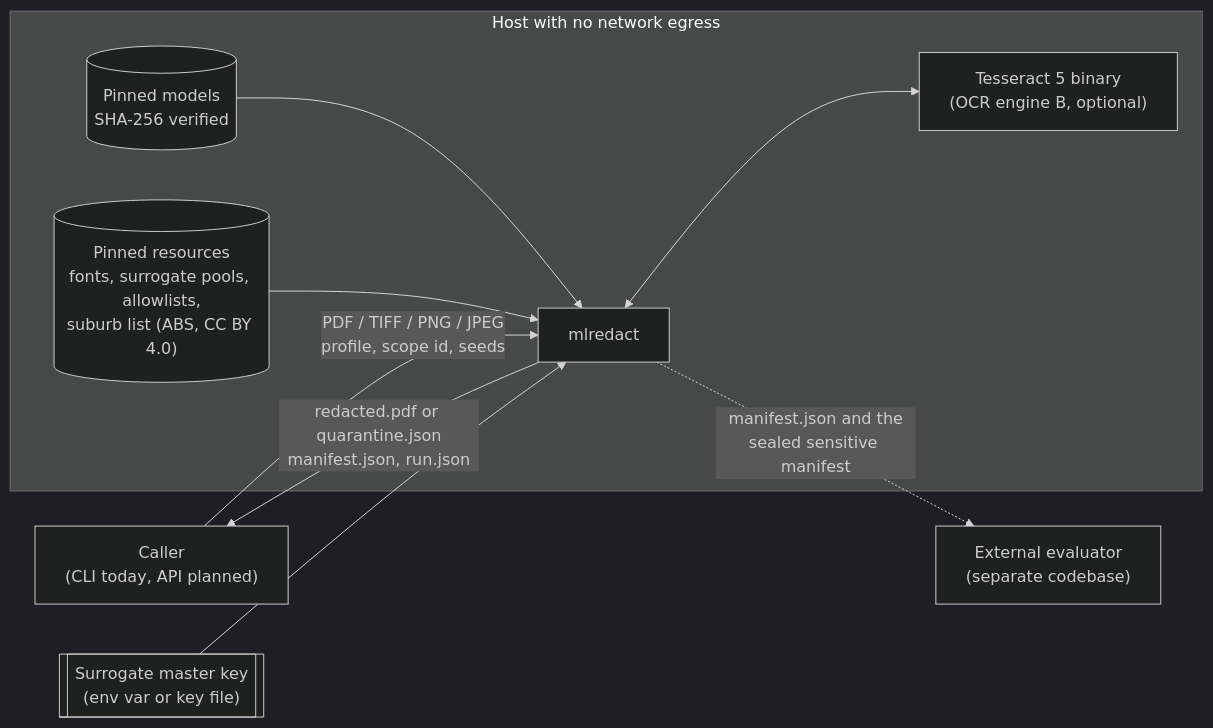
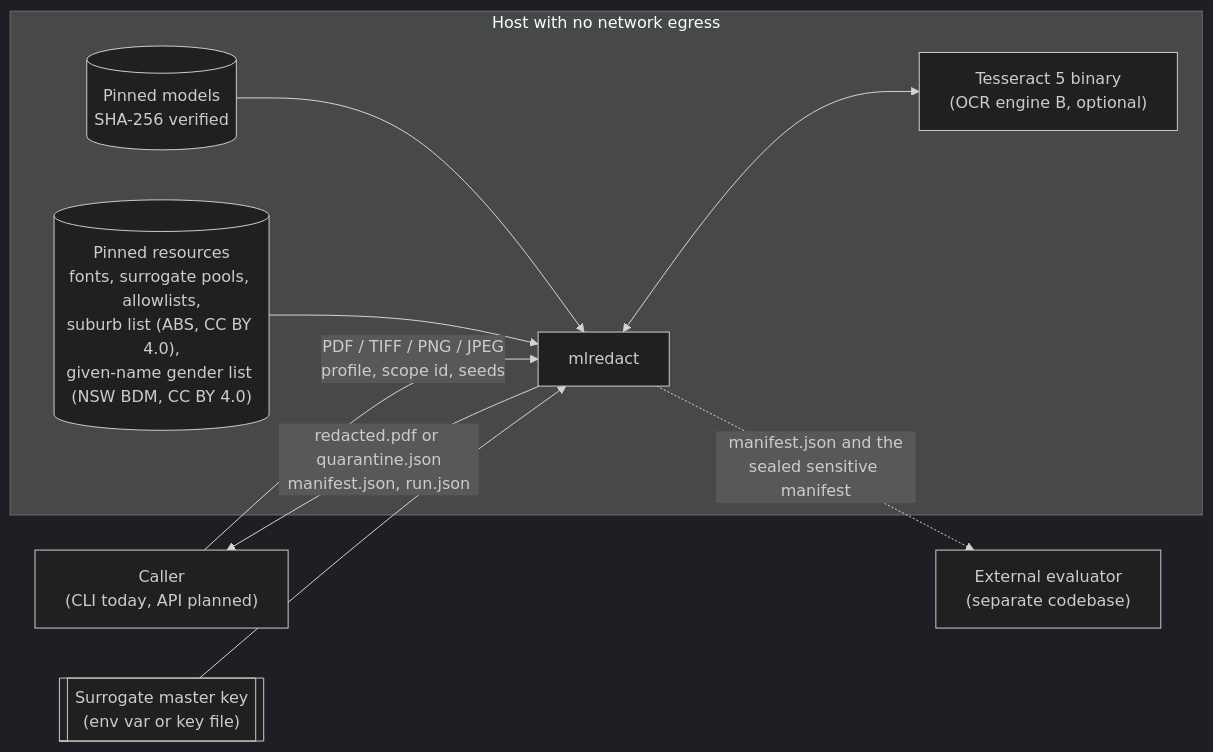
One commit to anshdeshwal31/redaction_tool_from_scratch_2 changed the first of 12 diagrams in backend/ARCHITECTURE.md. Above: the diagram before and after it, drawn with Mermaid (dark theme). The commit also changed other lines of this file and 1 other file, not shown here.

First line of the commit message:
docs: describe the gender rule for fake first names

````diff
--- a/backend/ARCHITECTURE.md
+++ b/backend/ARCHITECTURE.md
@@ -35,19 +35,19 @@
 ```mermaid
 flowchart LR
   caller["Caller<br/>(CLI today, API planned)"]
   secret[["Surrogate master key<br/>(env var or key file)"]]
   evaluator["External evaluator<br/>(separate codebase)"]
   subgraph host["Host with no network egress"]
     mlr["mlredact"]
     models[("Pinned models<br/>SHA-256 verified")]
-    res[("Pinned resources<br/>fonts, surrogate pools, allowlists,<br/>suburb list (ABS, CC BY 4.0)")]
+    res[("Pinned resources<br/>fonts, surrogate pools, allowlists,<br/>suburb list (ABS, CC BY 4.0),<br/>given-name gender list (NSW BDM, CC BY 4.0)")]
     tess["Tesseract 5 binary<br/>(OCR engine B, optional)"]
   end
   caller -- "PDF / TIFF / PNG / JPEG<br/>profile, scope id, seeds" --> mlr
   secret --> mlr
   models --> mlr
   res --> mlr
   mlr <--> tess
   mlr -- "redacted.pdf or quarantine.json<br/>manifest.json, run.json" --> caller
   mlr -.->|"manifest.json and the<br/>sealed sensitive manifest"| evaluator
 ```
````
